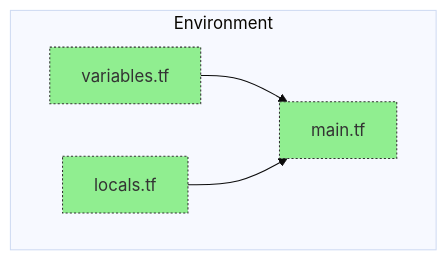
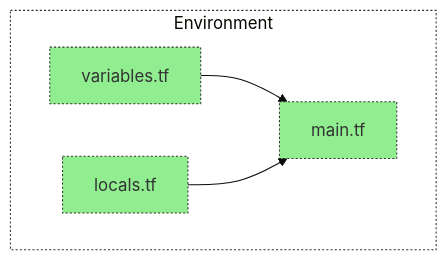
One commit to dermotreynolds/data.io.docs changed the diagram in terraform/1.terraform_experimenting.md. Above: the diagram before and after it, drawn with Mermaid (base theme).

````diff
--- a/terraform/1.terraform_experimenting.md
+++ b/terraform/1.terraform_experimenting.md
@@ -10,16 +10,16 @@
 ```mermaid
 graph TB
     subgraph Environment
         Device2[variables.tf] --> Device4
         Device3[locals.tf] --> Device4
         Device4[main.tf]
     end
 
 
-%% style Group0 fill:#FFFFFF,stroke:#333,stroke-width:1px, stroke-dasharray: 2
+style Environment fill:#FFFFFF,stroke:#333,stroke-width:1px, stroke-dasharray: 2
 %% style App0 fill:white,stroke:#333,colour: white, stroke-width:1px , stroke-dasharray: 2
 style Device2 fill:#90EE90	,stroke:#333,stroke-width:1px , stroke-dasharray: 2
 style Device3 fill:#90EE90	,stroke:#333,stroke-width:1px , stroke-dasharray: 2
 style Device4 fill:#90EE90	,stroke:#333,stroke-width:1px , stroke-dasharray: 2
 
 ```
````
